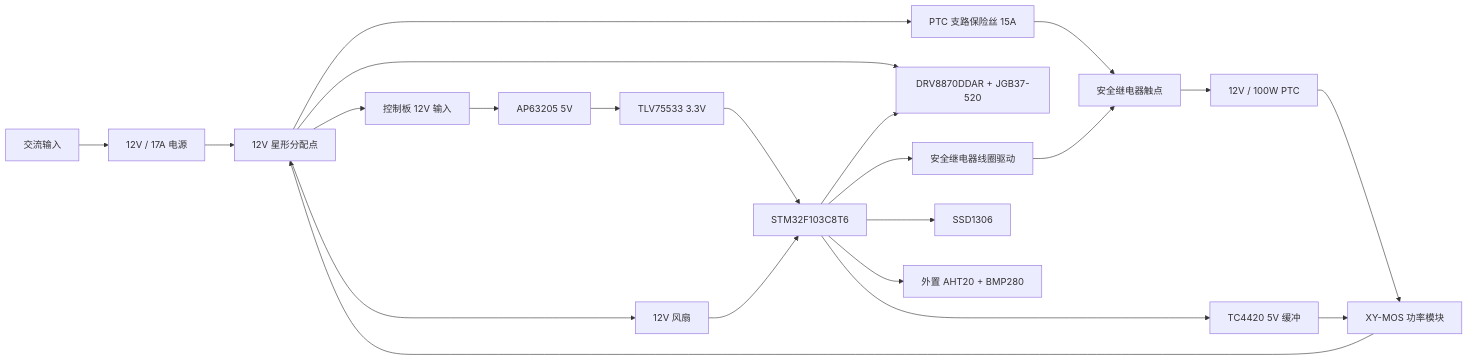
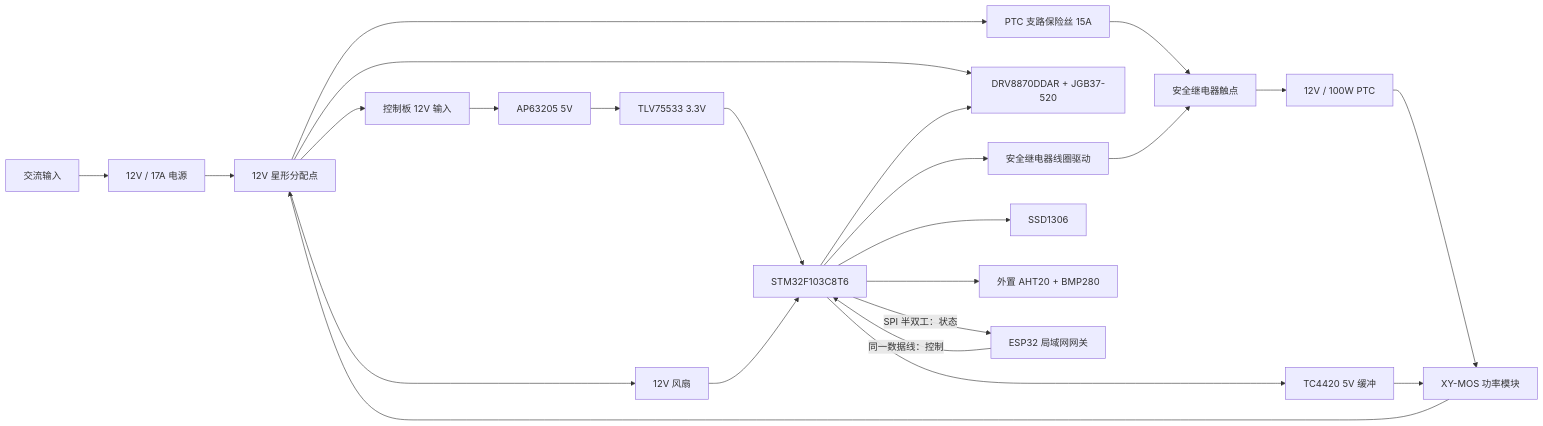
Before and after one commit to neiaHsing/stm32-filament-dryer: the diagram in docs/HARDWARE_DESIGN_BOM.md, drawn with Mermaid. The commit also changed other lines of this file and 66 other files, not shown here.

````diff
--- a/docs/HARDWARE_DESIGN_BOM.md
+++ b/docs/HARDWARE_DESIGN_BOM.md
@@ -26,27 +27,29 @@
 ```mermaid
 flowchart LR
     AC["交流输入"] --> PSU["12V / 17A 电源"]
     PSU --> STAR["12V 星形分配点"]
 
     STAR --> F1["PTC 支路保险丝 15A"]
     F1 --> K1["安全继电器触点"]
     K1 --> PTC["12V / 100W PTC"]
     PTC --> MOS["XY-MOS 功率模块"]
     MOS --> STAR
 
     STAR --> FAN["12V 风扇"]
     STAR --> MOTOR["DRV8870DDAR + JGB37-520"]
     STAR --> BOARD["控制板 12V 输入"]
 
     BOARD --> BUCK["AP63205 5V"]
     BUCK --> LDO["TLV75533 3.3V"]
     LDO --> MCU["STM32F103C8T6"]
     MCU --> GATE["TC4420 5V 缓冲"]
     GATE --> MOS
     MCU --> RELAY["安全继电器线圈驱动"]
     RELAY --> K1
     MCU --> MOTOR
     MCU --> OLED["SSD1306"]
     MCU --> SENSOR["外置 AHT20 + BMP280"]
     FAN --> MCU
+    MCU -->|"SPI 半双工：状态"| ESP["ESP32 局域网网关"]
+    ESP -->|"同一数据线：控制"| MCU
 ```
````
